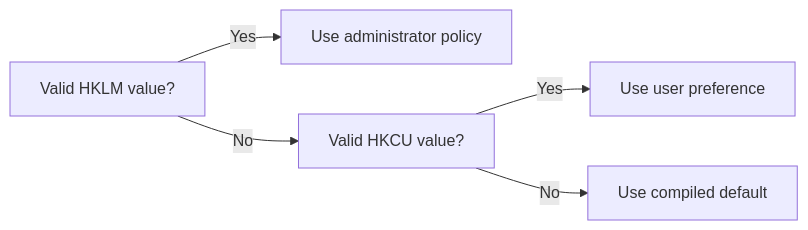
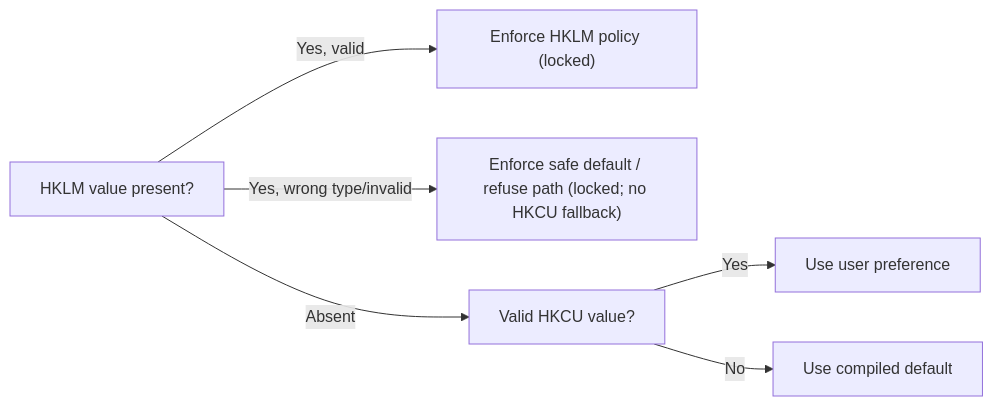
Before and after one commit to xxtsxx/Vordr: the diagram in docs/DEPLOYMENT.md, drawn with Mermaid. The commit also changed other lines of this file and 15 other files, not shown here.

````diff
--- a/docs/DEPLOYMENT.md
+++ b/docs/DEPLOYMENT.md
@@ -66,7 +69,8 @@
 ```mermaid
 flowchart LR
-    A["Valid HKLM value?"] -->|Yes| B["Use administrator policy"]
-    A -->|No| C["Valid HKCU value?"]
+    A["HKLM value present?"] -->|Yes, valid| B["Enforce HKLM policy (locked)"]
+    A -->|Yes, wrong type/invalid| F["Enforce safe default / refuse path (locked; no HKCU fallback)"]
+    A -->|Absent| C["Valid HKCU value?"]
     C -->|Yes| D["Use user preference"]
     C -->|No| E["Use compiled default"]
 ```
````
